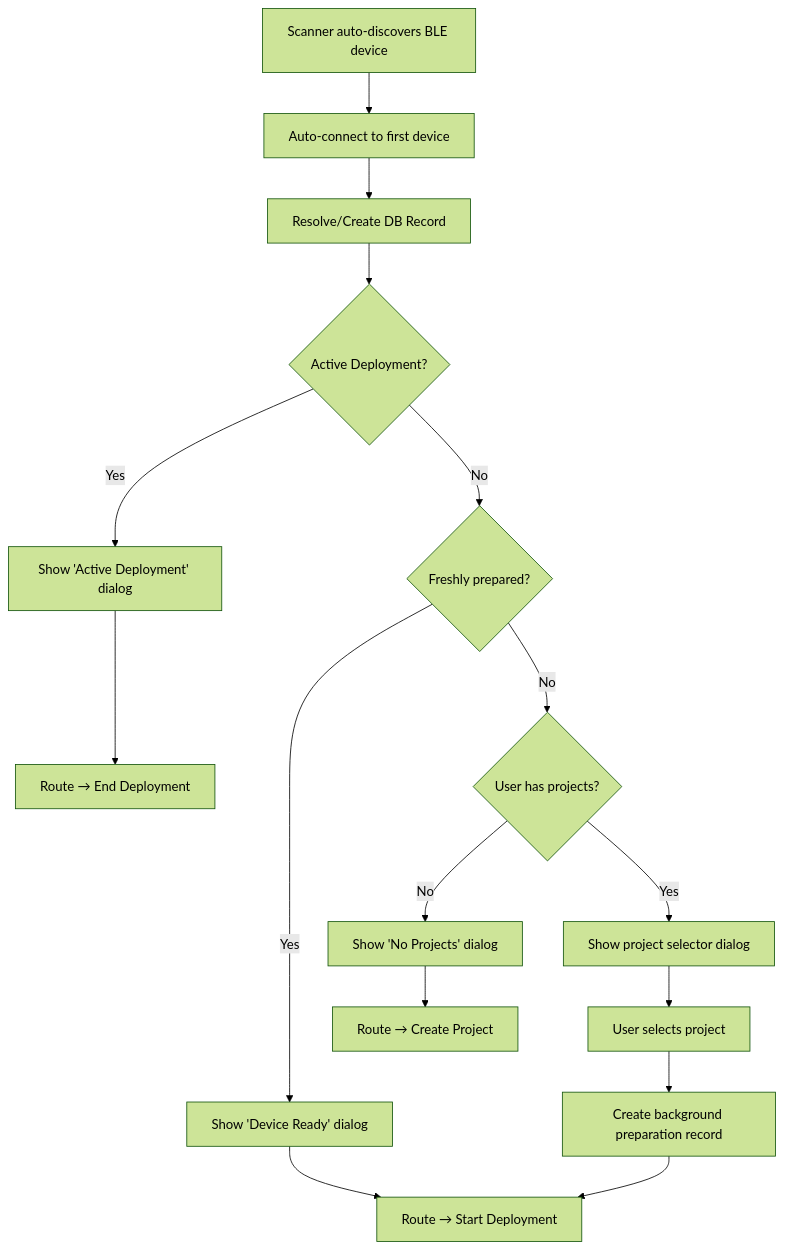
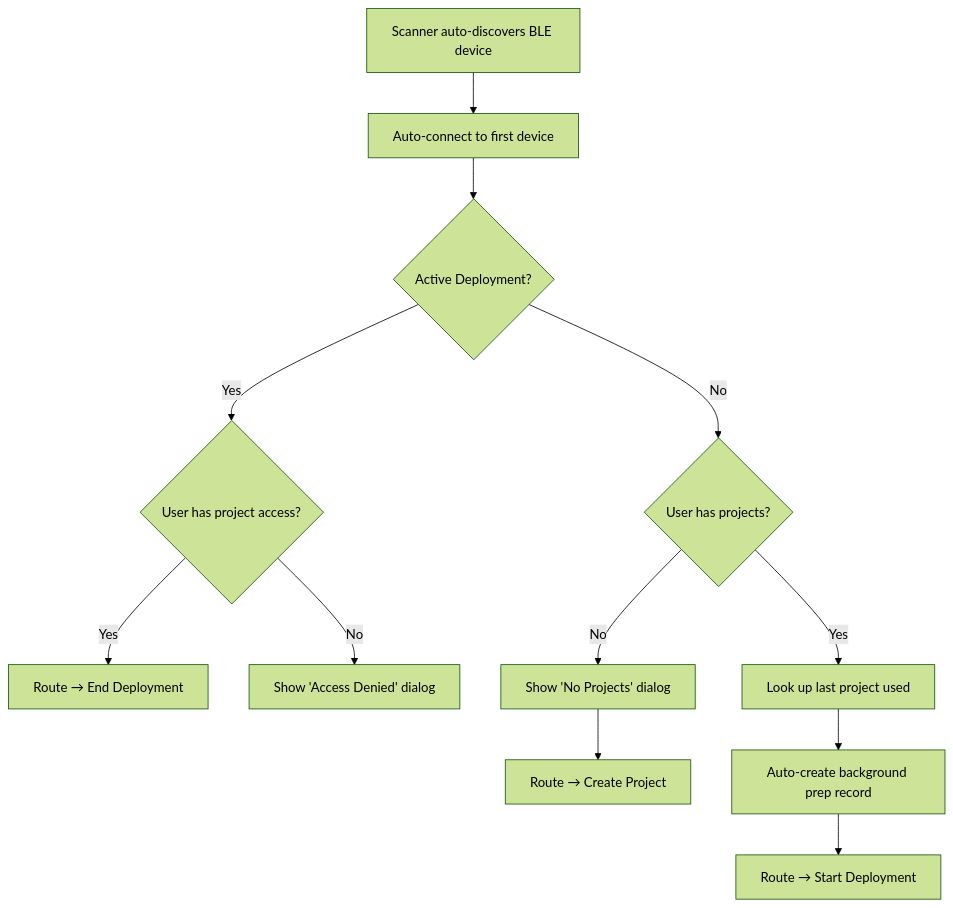
One commit to wildlifeai/ww-mobile-app changed the first of 3 diagrams in documentation/onboarding/04-DEVICE-FLOWS.md. Above: the diagram before and after it, drawn with Mermaid (forest theme). The commit also changed other lines of this file and 48 other files, not shown here.

First line of the commit message:
feat(deployments): complete deprecation of device_preparation domain and capture device snapshots dynamically

````diff
--- a/documentation/onboarding/04-DEVICE-FLOWS.md
+++ b/documentation/onboarding/04-DEVICE-FLOWS.md
@@ -19,18 +19,14 @@
 ```mermaid
 flowchart TD
     A["Scanner auto-discovers BLE device"] --> B["Auto-connect to first device"]
-    B --> C["Resolve/Create DB Record"]
-    C --> D{"Active Deployment?"}
-    D -- Yes --> E["Show 'Active Deployment' dialog"]
-    E --> F["Route → End Deployment"]
-    D -- No --> G{"Freshly prepared?"}
-    G -- Yes --> H["Show 'Device Ready' dialog"]
-    H --> I["Route → Start Deployment"]
-    G -- No --> J{"User has projects?"}
-    J -- No --> K["Show 'No Projects' dialog"]
-    K --> L["Route → Create Project"]
-    J -- Yes --> M["Show project selector dialog"]
-    M --> N["User selects project"]
-    N --> O["Create background preparation record"]
-    O --> I
+    B --> C{"Active Deployment?"}
+    C -- Yes --> D{"User has project access?"}
+    D -- Yes --> E["Route → End Deployment"]
+    D -- No --> F["Show 'Access Denied' dialog"]
+    C -- No --> G{"User has projects?"}
+    G -- No --> H["Show 'No Projects' dialog"]
+    H --> I["Route → Create Project"]
+    G -- Yes --> J["Look up last project used"]
+    J --> K["Auto-create background prep record"]
+    K --> L["Route → Start Deployment"]
 ```
````
